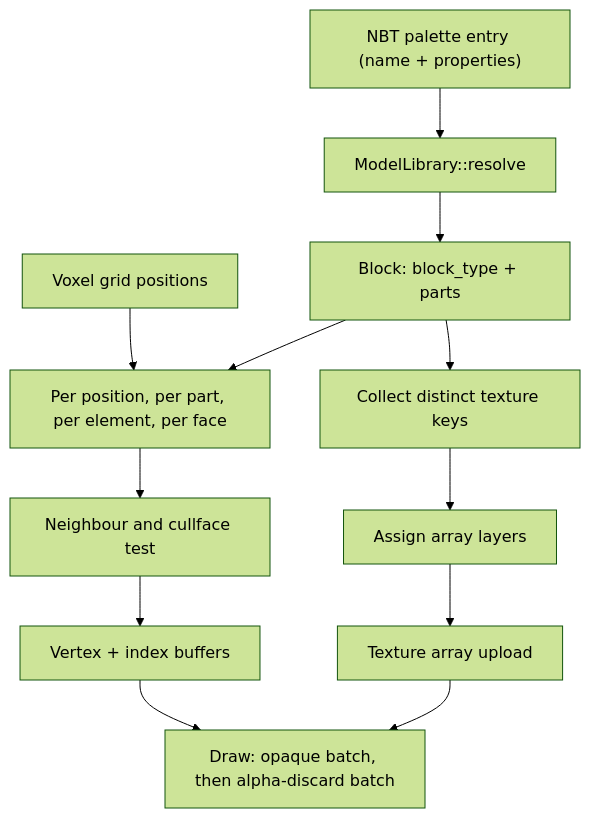
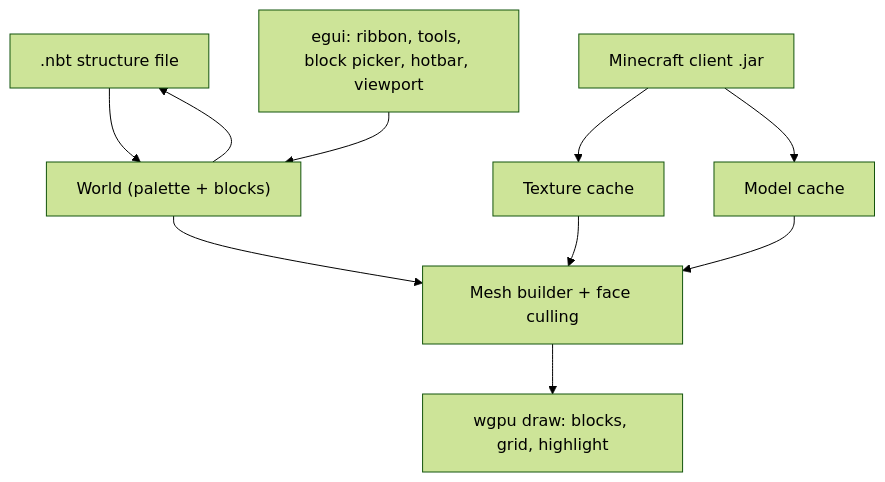
Before and after one commit to Mazchoo/Minecraft-NBT-editor: the diagram in ProjectPlan.md, drawn with Mermaid (forest theme). The commit also changed other lines of this file and 12 other files, not shown here.

````diff
--- a/ProjectPlan.md
+++ b/ProjectPlan.md
@@ -755,14 +10,12 @@
 ```mermaid
 graph TD
-    Pal["NBT palette entry (name + properties)"] --> Res["ModelLibrary::resolve"]
-    Res --> Blk["Block: block_type + parts"]
-    Blk --> Keys["Collect distinct texture keys"]
-    Keys --> Lay["Assign array layers"]
-    Lay --> Up["Texture array upload"]
-    Grid["Voxel grid positions"] --> Emit
-    Blk --> Emit["Per position, per part, per element, per face"]
-    Emit --> Cull["Neighbour and cullface test"]
-    Cull --> Buf["Vertex + index buffers"]
-    Buf --> Draw["Draw: opaque batch, then alpha-discard batch"]
-    Up --> Draw
+    NBT[".nbt structure file"] --> World["World (palette + blocks)"]
+    Jar["Minecraft client .jar"] --> Tex["Texture cache"]
+    Jar --> Mod["Model cache"]
+    World --> Mesh["Mesh builder + face culling"]
+    Mod --> Mesh
+    Tex --> Mesh
+    Mesh --> Draw["wgpu draw: blocks, grid, highlight"]
+    UI["egui: ribbon, tools, block picker, hotbar, viewport"] --> World
+    World --> NBT
 ```
````
